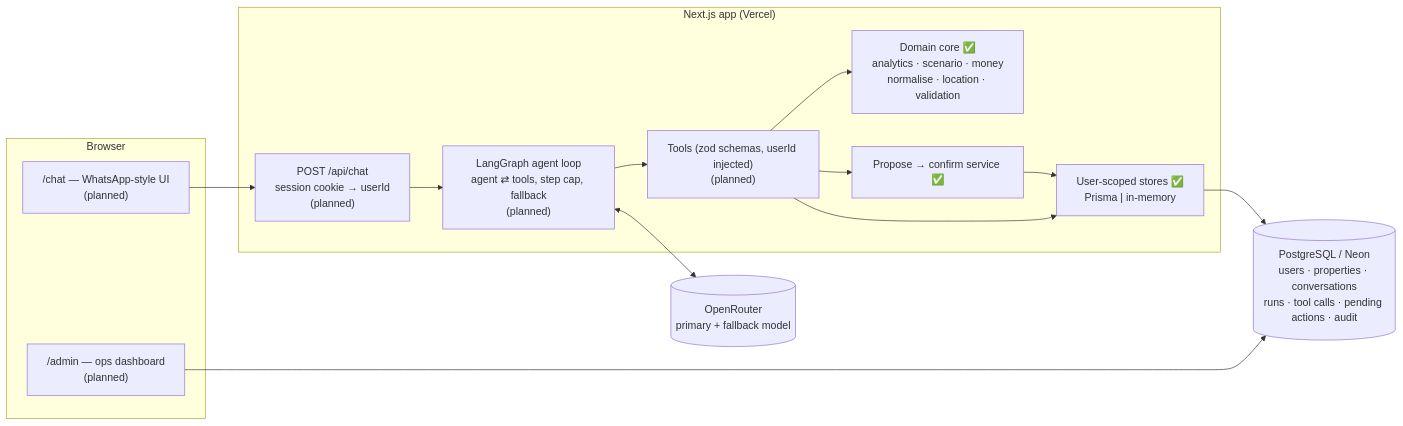
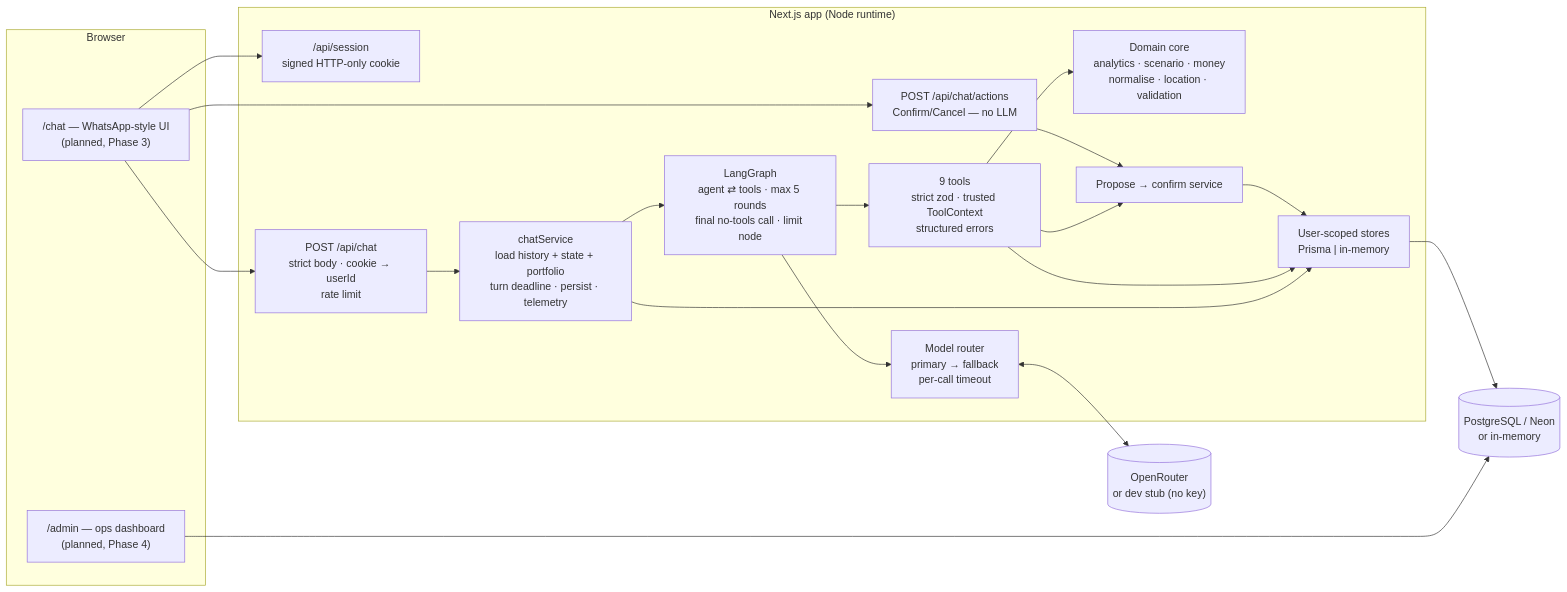
One commit to Vivek24051/ai-portfolio-analyst changed the first of 2 diagrams in docs/architecture.md. Above: the diagram before and after it, drawn with Mermaid. The commit also changed other lines of this file and 37 other files, not shown here.

First line of the commit message:
Phase 2: LangGraph agent, tools, memory, and chat API

````diff
--- a/docs/architecture.md
+++ b/docs/architecture.md
@@ -5,26 +5,33 @@
 ```mermaid
 flowchart LR
   subgraph Browser
-    Chat["/chat — WhatsApp-style UI<br/>(planned)"]
-    Admin["/admin — ops dashboard<br/>(planned)"]
+    Chat["/chat — WhatsApp-style UI<br/>(planned, Phase 3)"]
+    Admin["/admin — ops dashboard<br/>(planned, Phase 4)"]
   end
 
-  subgraph Next["Next.js app (Vercel)"]
-    API["POST /api/chat<br/>session cookie → userId<br/>(planned)"]
-    Graph["LangGraph agent loop<br/>agent ⇄ tools, step cap, fallback<br/>(planned)"]
-    Tools["Tools (zod schemas, userId injected)<br/>(planned)"]
-    Domain["Domain core ✅<br/>analytics · scenario · money<br/>normalise · location · validation"]
-    Actions["Propose → confirm service ✅"]
-    Stores["User-scoped stores ✅<br/>Prisma | in-memory"]
+  subgraph Next["Next.js app (Node runtime)"]
+    Session["/api/session<br/>signed HTTP-only cookie"]
+    API["POST /api/chat<br/>strict body · cookie → userId<br/>rate limit"]
+    Btn["POST /api/chat/actions<br/>Confirm/Cancel — no LLM"]
+    Svc["chatService<br/>load history + state + portfolio<br/>turn deadline · persist · telemetry"]
+    Graph["LangGraph<br/>agent ⇄ tools · max 5 rounds<br/>final no-tools call · limit node"]
+    Router["Model router<br/>primary → fallback<br/>per-call timeout"]
+    Tools["9 tools<br/>strict zod · trusted ToolContext<br/>structured errors"]
+    Domain["Domain core<br/>analytics · scenario · money<br/>normalise · location · validation"]
+    Actions["Propose → confirm service"]
+    Stores["User-scoped stores<br/>Prisma | in-memory"]
   end
 
-  LLM[("OpenRouter<br/>primary + fallback model")]
-  DB[("PostgreSQL / Neon<br/>users · properties · conversations<br/>runs · tool calls · pending actions · audit")]
+  LLM[("OpenRouter<br/>or dev stub (no key)")]
+  DB[("PostgreSQL / Neon<br/>or in-memory")]
 
-  Chat --> API --> Graph
-  Graph <--> LLM
+  Chat --> Session
+  Chat --> API --> Svc --> Graph
+  Chat --> Btn --> Actions
+  Graph --> Router <--> LLM
   Graph --> Tools --> Domain
   Tools --> Actions --> Stores
-  Tools --> Stores --> DB
+  Tools --> Stores
+  Svc --> Stores --> DB
   Admin --> DB
 ```
````
